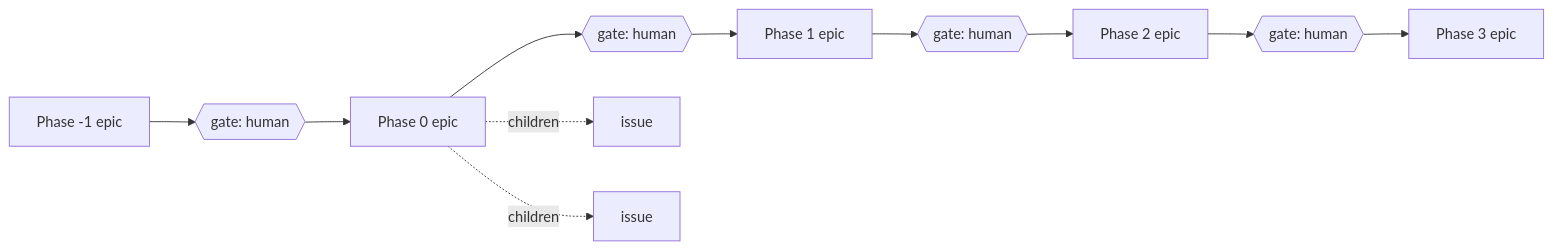
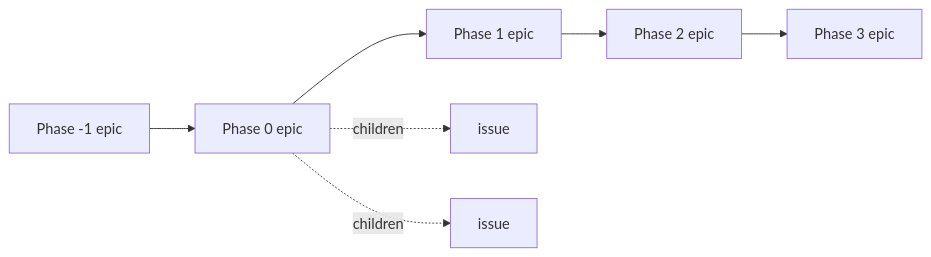
Before and after one commit to accseruj/marketplace-docs: the diagram in 40-devops/work-queue-spec.md, drawn with Mermaid. The commit also changed other lines of this file and 6 other files, not shown here.

````diff
--- a/40-devops/work-queue-spec.md
+++ b/40-devops/work-queue-spec.md
@@ -68,8 +80,5 @@
 ```mermaid
 graph LR
-  P-1[Phase -1 epic] --> G0{{gate: human}} --> P0[Phase 0 epic]
-  P0 --> G1{{gate: human}} --> P1[Phase 1 epic]
-  P1 --> G2{{gate: human}} --> P2[Phase 2 epic]
-  P2 --> G3{{gate: human}} --> P3[Phase 3 epic]
+  P-1[Phase -1 epic] --> P0[Phase 0 epic] --> P1[Phase 1 epic] --> P2[Phase 2 epic] --> P3[Phase 3 epic]
   P0 -.children.-> C1[issue] & C2[issue]
 ```
````
